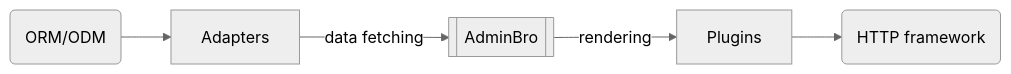
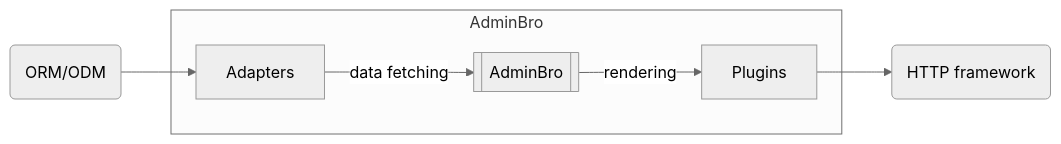
One commit to SoftwareBrothers/adminjs-dev changed the first of 2 diagrams in docs-src/sections/modules.md. Above: the diagram before and after it, drawn with Mermaid (neutral theme). The commit also changed other lines of this file and 15 other files, not shown here.

```diff
--- a/docs-src/sections/modules.md
+++ b/docs-src/sections/modules.md
@@ -12,7 +12,9 @@
   <div class="mermaid" style="margin: 40px 0;">
     graph LR
       O(ORM/ODM) --> C
-      A[[AdminBro]] --> |rendering| B[Plugins]
-      C[Adapters]  --> |data fetching| A
+      subgraph core [AdminBro]
+        A[[AdminBro]] --> |rendering| B[Plugins]
+        C[Adapters]  --> |data fetching| A
+      end
       B --> D(HTTP framework) 
   </div>
```
